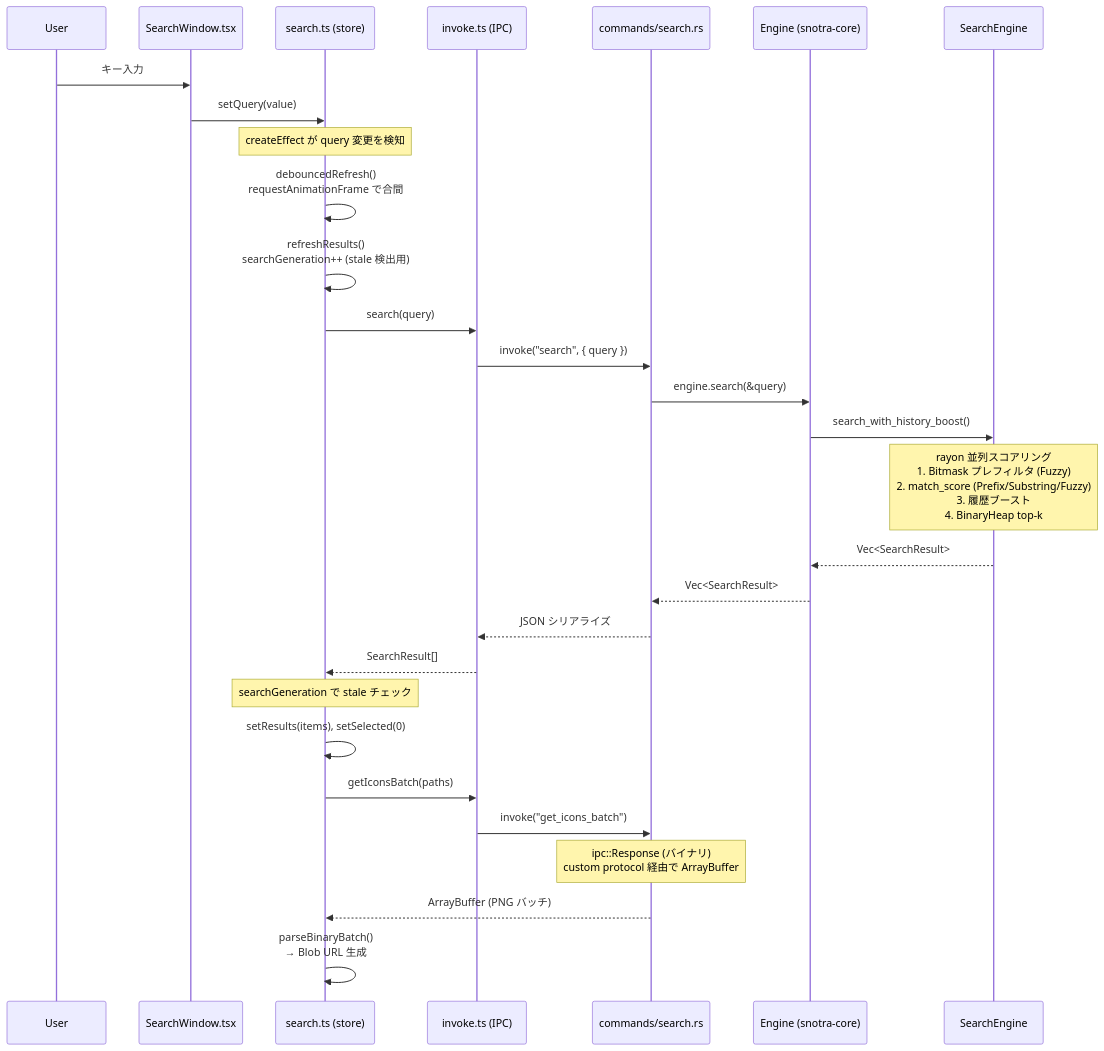
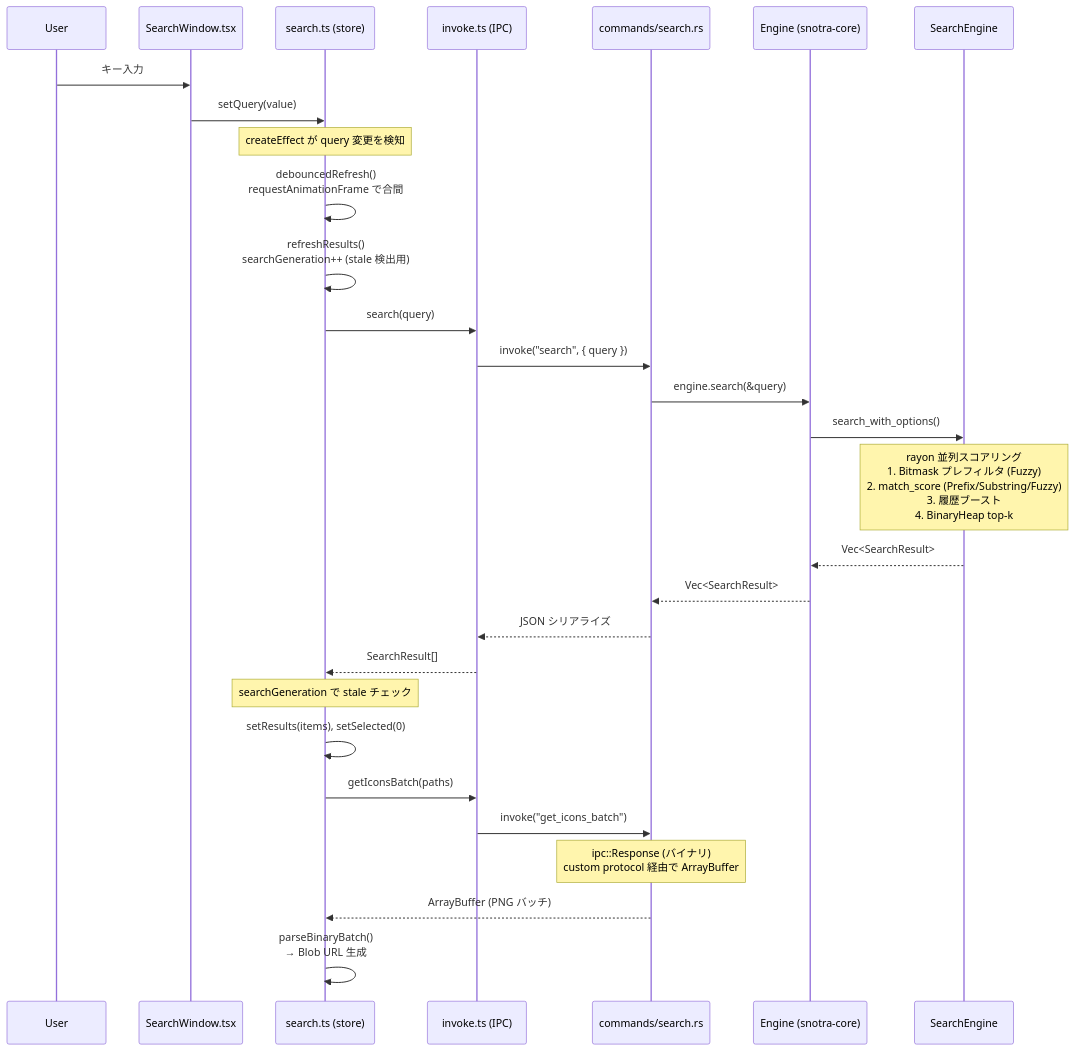
The diagram in docs/architecture.md (finelagusaz/Snotra), drawn with Mermaid before and after one commit.

Commit message:
fix(docs): architecture.md の mermaid 図で関数名を修正
search_with_history_boost() → search_with_options() に修正。
実装の現在の関数名に合わせた。

````diff
--- a/docs/architecture.md
+++ b/docs/architecture.md
@@ -40,42 +40,42 @@
 ```mermaid
 sequenceDiagram
     participant User
     participant SW as SearchWindow.tsx
     participant SS as search.ts (store)
     participant API as invoke.ts (IPC)
     participant Cmd as commands/search.rs
     participant Eng as Engine (snotra-core)
     participant SE as SearchEngine
 
     User->>SW: キー入力
     SW->>SS: setQuery(value)
 
     Note over SS: createEffect が query 変更を検知
 
     SS->>SS: debouncedRefresh()<br/>requestAnimationFrame で合間
 
     SS->>SS: refreshResults()<br/>searchGeneration++ (stale 検出用)
     SS->>API: search(query)
     API->>Cmd: invoke("search", { query })
     Cmd->>Eng: engine.search(&query)
-    Eng->>SE: search_with_history_boost()
+    Eng->>SE: search_with_options()
 
     Note over SE: rayon 並列スコアリング<br/>1. Bitmask プレフィルタ (Fuzzy)<br/>2. match_score (Prefix/Substring/Fuzzy)<br/>3. 履歴ブースト<br/>4. BinaryHeap top-k
 
     SE-->>Eng: Vec<SearchResult>
     Eng-->>Cmd: Vec<SearchResult>
     Cmd-->>API: JSON シリアライズ
     API-->>SS: SearchResult[]
 
     Note over SS: searchGeneration で stale チェック
 
     SS->>SS: setResults(items), setSelected(0)
 
     SS->>API: getIconsBatch(paths)
     API->>Cmd: invoke("get_icons_batch")
 
     Note over Cmd: ipc::Response (バイナリ)<br/>custom protocol 経由で ArrayBuffer
 
     Cmd-->>SS: ArrayBuffer (PNG バッチ)
     SS->>SS: parseBinaryBatch()<br/>→ Blob URL 生成
 ```
````
